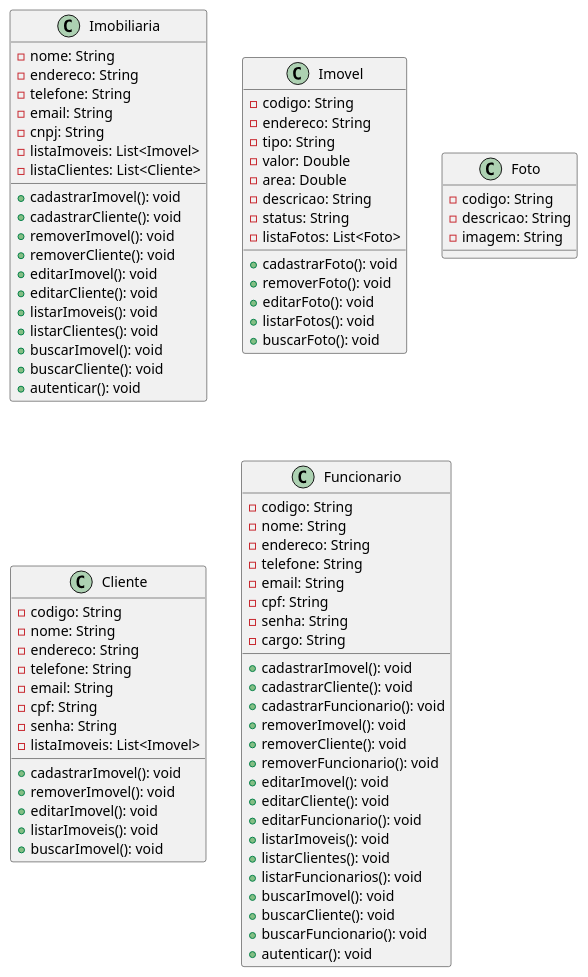
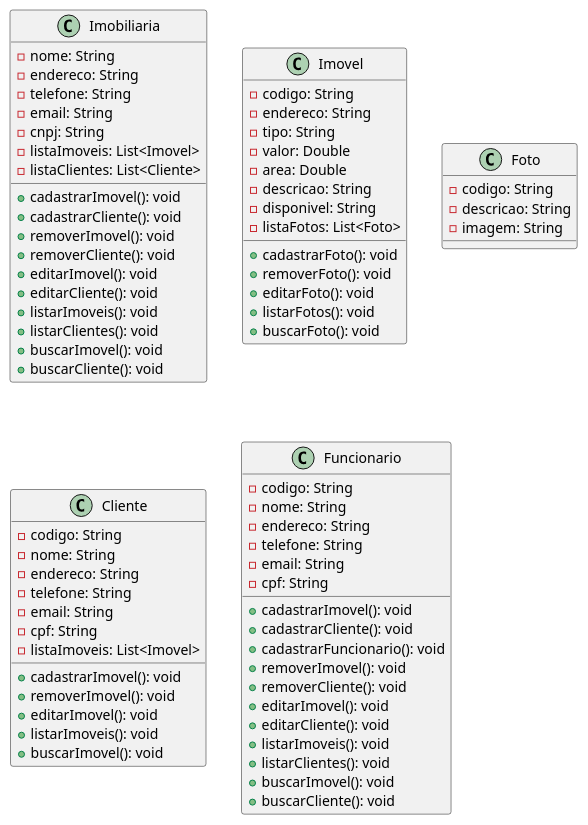
The diagram in bin/imobiliaria.wsd (AndersonVD/imobiliaria_poo), drawn with PlantUML before and after one commit. The commit also changed 17 other files, not shown here.

```diff
--- a/bin/imobiliaria.wsd
+++ b/bin/imobiliaria.wsd
@@ -1,91 +1,82 @@
 @startuml Nome
 
 class Imobiliaria {
     - nome: String
     - endereco: String
     - telefone: String
     - email: String
     - cnpj: String
     - listaImoveis: List<Imovel>
     - listaClientes: List<Cliente>
     + cadastrarImovel(): void
     + cadastrarCliente(): void
     + removerImovel(): void
     + removerCliente(): void
     + editarImovel(): void
     + editarCliente(): void
     + listarImoveis(): void
     + listarClientes(): void
     + buscarImovel(): void
     + buscarCliente(): void
-    + autenticar(): void
 }
 
 
 class Imovel {
     - codigo: String
     - endereco: String
     - tipo: String
     - valor: Double
     - area: Double
     - descricao: String
-    - status: String
+    - disponivel: String
     - listaFotos: List<Foto>
     + cadastrarFoto(): void
     + removerFoto(): void
     + editarFoto(): void
     + listarFotos(): void
     + buscarFoto(): void
 }
 
 class Foto {
     - codigo: String
     - descricao: String
     - imagem: String
 }
 
 class Cliente {
     - codigo: String
     - nome: String
     - endereco: String
     - telefone: String
     - email: String
     - cpf: String
-    - senha: String
     - listaImoveis: List<Imovel>
     + cadastrarImovel(): void
     + removerImovel(): void
     + editarImovel(): void
     + listarImoveis(): void
     + buscarImovel(): void
 }
 
 class Funcionario {
     - codigo: String
     - nome: String
     - endereco: String
     - telefone: String
     - email: String
     - cpf: String
-    - senha: String
-    - cargo: String
     + cadastrarImovel(): void
     + cadastrarCliente(): void
     + cadastrarFuncionario(): void
     + removerImovel(): void
     + removerCliente(): void
-    + removerFuncionario(): void
     + editarImovel(): void
     + editarCliente(): void
-    + editarFuncionario(): void
     + listarImoveis(): void
     + listarClientes(): void
-    + listarFuncionarios(): void
     + buscarImovel(): void
     + buscarCliente(): void
-    + buscarFuncionario(): void
-    + autenticar(): void
 }
 
 
 @enduml
```
